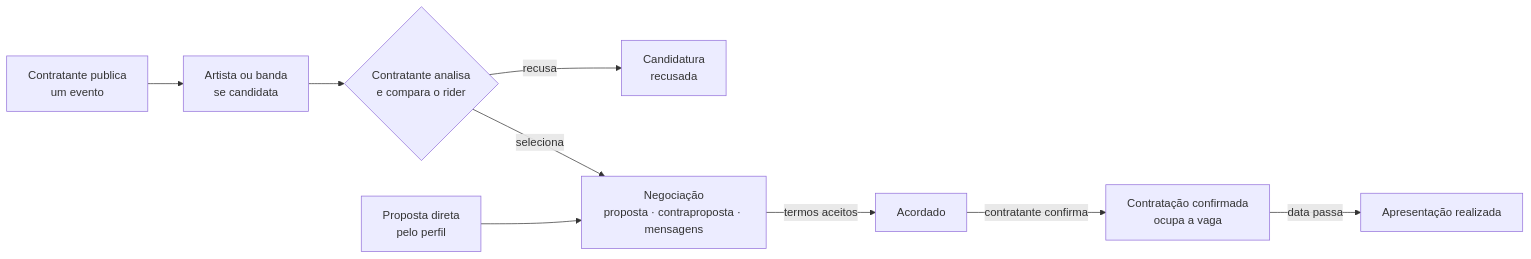
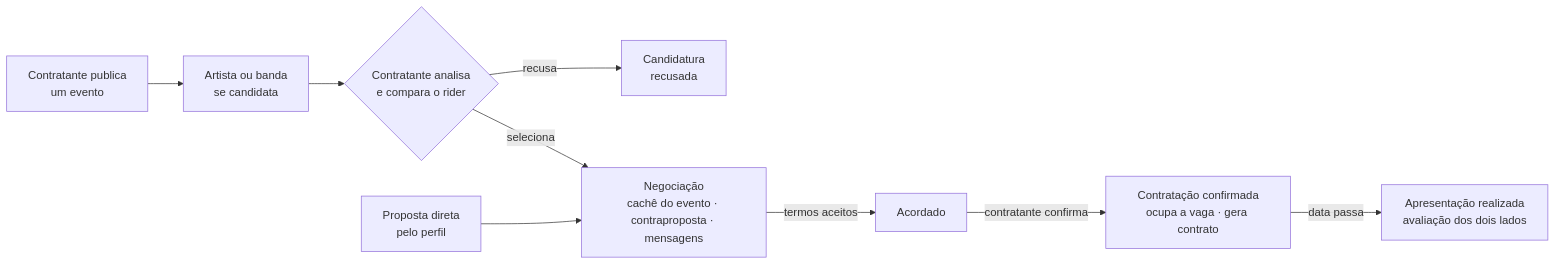
The first of 3 diagrams in README.md (leonardobrrs/ridersync), drawn with Mermaid before and after one commit. The commit also changed other lines of this file and 42 other files, not shown here.

````diff
--- a/README.md
+++ b/README.md
@@ -153,11 +162,11 @@
 ```mermaid
 flowchart LR
   E[Contratante publica<br/>um evento] --> C[Artista ou banda<br/>se candidata]
   C --> A{Contratante analisa<br/>e compara o rider}
   A -- recusa --> X[Candidatura<br/>recusada]
-  A -- seleciona --> N[Negociação<br/>proposta · contraproposta · mensagens]
+  A -- seleciona --> N[Negociação<br/>cachê do evento · contraproposta · mensagens]
   D[Proposta direta<br/>pelo perfil] --> N
   N -- termos aceitos --> AG[Acordado]
-  AG -- contratante confirma --> CF[Contratação confirmada<br/>ocupa a vaga]
-  CF -- data passa --> R[Apresentação realizada]
+  AG -- contratante confirma --> CF[Contratação confirmada<br/>ocupa a vaga · gera contrato]
+  CF -- data passa --> R[Apresentação realizada<br/>avaliação dos dois lados]
 ```
````
